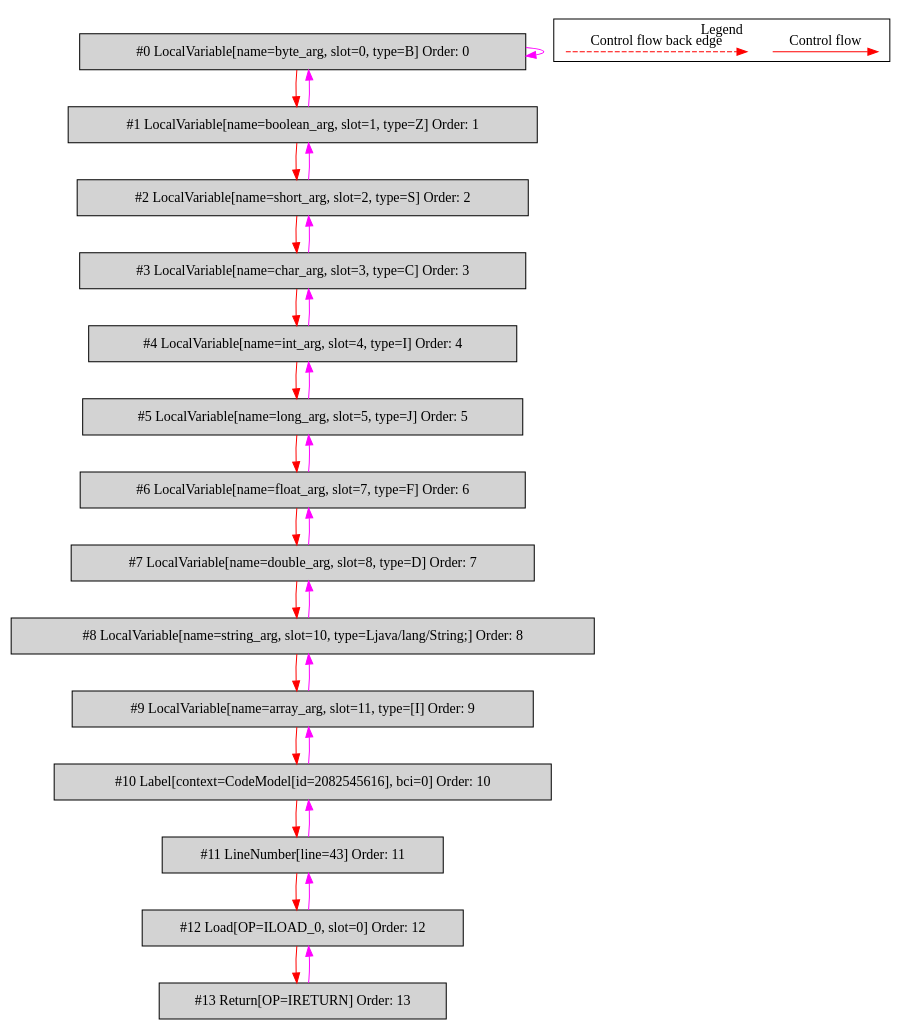
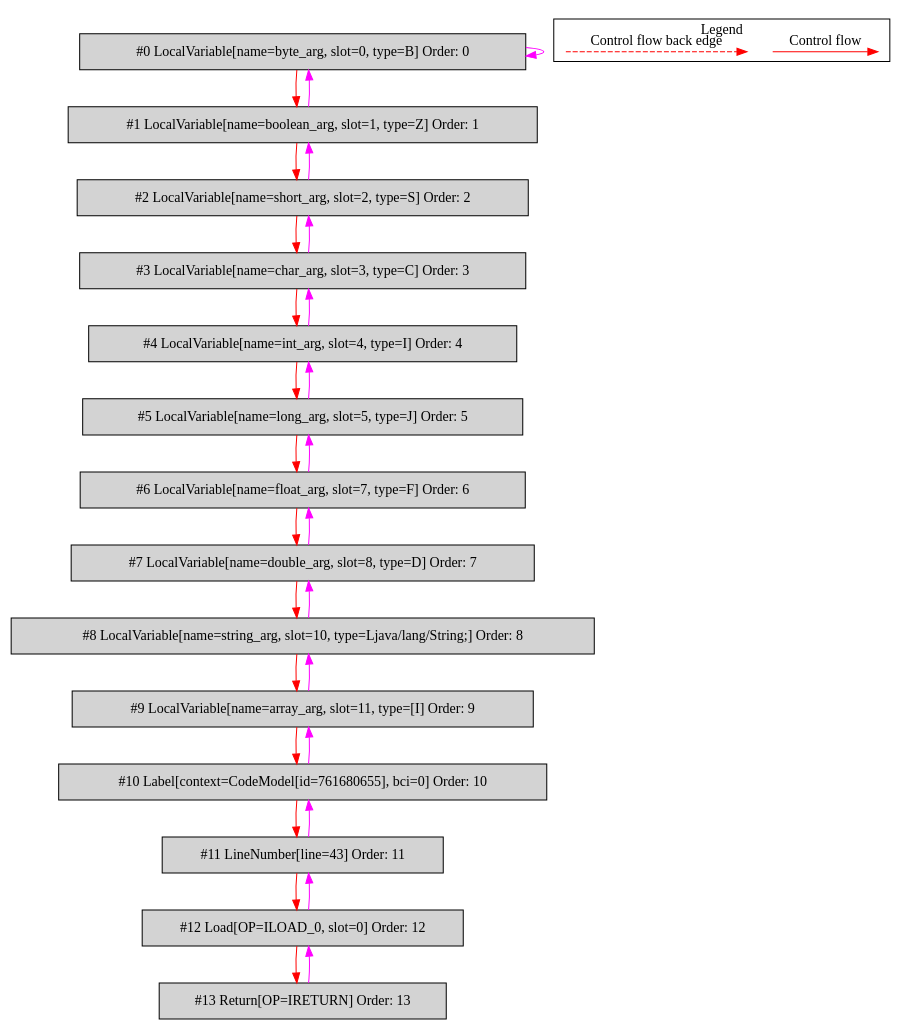
Before and after one commit to mirkosertic/MetaIR: the diagram in de.mirkosertic.metair.ir.examples.MethodInvokeTest/simple_method_return_byte/bytecodecfg.dot, drawn with Graphviz. The commit also changed 433 other files, not shown here.

```diff
--- a/de.mirkosertic.metair.ir.examples.MethodInvokeTest/simple_method_return_byte/bytecodecfg.dot
+++ b/de.mirkosertic.metair.ir.examples.MethodInvokeTest/simple_method_return_byte/bytecodecfg.dot
@@ -1,58 +1,58 @@
 digraph {
  ordering="in";
  node0[label="#0 LocalVariable[name=byte_arg, slot=0, type=B] Order: 0", shape=box, fillcolor=lightgrey, style=filled];
  node1[label="#1 LocalVariable[name=boolean_arg, slot=1, type=Z] Order: 1", shape=box, fillcolor=lightgrey, style=filled];
  node2[label="#2 LocalVariable[name=short_arg, slot=2, type=S] Order: 2", shape=box, fillcolor=lightgrey, style=filled];
  node3[label="#3 LocalVariable[name=char_arg, slot=3, type=C] Order: 3", shape=box, fillcolor=lightgrey, style=filled];
  node4[label="#4 LocalVariable[name=int_arg, slot=4, type=I] Order: 4", shape=box, fillcolor=lightgrey, style=filled];
  node5[label="#5 LocalVariable[name=long_arg, slot=5, type=J] Order: 5", shape=box, fillcolor=lightgrey, style=filled];
  node6[label="#6 LocalVariable[name=float_arg, slot=7, type=F] Order: 6", shape=box, fillcolor=lightgrey, style=filled];
  node7[label="#7 LocalVariable[name=double_arg, slot=8, type=D] Order: 7", shape=box, fillcolor=lightgrey, style=filled];
  node8[label="#8 LocalVariable[name=string_arg, slot=10, type=Ljava/lang/String;] Order: 8", shape=box, fillcolor=lightgrey, style=filled];
  node9[label="#9 LocalVariable[name=array_arg, slot=11, type=[I] Order: 9", shape=box, fillcolor=lightgrey, style=filled];
- node10[label="#10 Label[context=CodeModel[id=2082545616], bci=0] Order: 10", shape=box, fillcolor=lightgrey, style=filled];
+ node10[label="#10 Label[context=CodeModel[id=761680655], bci=0] Order: 10", shape=box, fillcolor=lightgrey, style=filled];
  node11[label="#11 LineNumber[line=43] Order: 11", shape=box, fillcolor=lightgrey, style=filled];
  node12[label="#12 Load[OP=ILOAD_0, slot=0] Order: 12", shape=box, fillcolor=lightgrey, style=filled];
  node13[label="#13 Return[OP=IRETURN] Order: 13", shape=box, fillcolor=lightgrey, style=filled];
  node0 -> node0[color=fuchsia];
  node0 -> node1[color=red];
  node1 -> node0[color=fuchsia];
  node1 -> node2[color=red];
  node2 -> node1[color=fuchsia];
  node2 -> node3[color=red];
  node3 -> node2[color=fuchsia];
  node3 -> node4[color=red];
  node4 -> node3[color=fuchsia];
  node4 -> node5[color=red];
  node5 -> node4[color=fuchsia];
  node5 -> node6[color=red];
  node6 -> node5[color=fuchsia];
  node6 -> node7[color=red];
  node7 -> node6[color=fuchsia];
  node7 -> node8[color=red];
  node8 -> node7[color=fuchsia];
  node8 -> node9[color=red];
  node9 -> node8[color=fuchsia];
  node9 -> node10[color=red];
  node10 -> node9[color=fuchsia];
  node10 -> node11[color=red];
  node11 -> node10[color=fuchsia];
  node11 -> node12[color=red];
  node12 -> node11[color=fuchsia];
  node12 -> node13[color=red];
  node13 -> node12[color=fuchsia];
  subgraph cluster_000 {
   label = "Legend";
   node [shape=point]
   {
    rank=same;
    c0 [style = invis];
    c1 [style = invis];
    c2 [style = invis];
    c3 [style = invis];
   }
   c0 -> c1 [label="Control flow", style=solid, color=red]
   c2 -> c3 [label="Control flow back edge", style=dashed, color=red]
  }
 
 }
```
